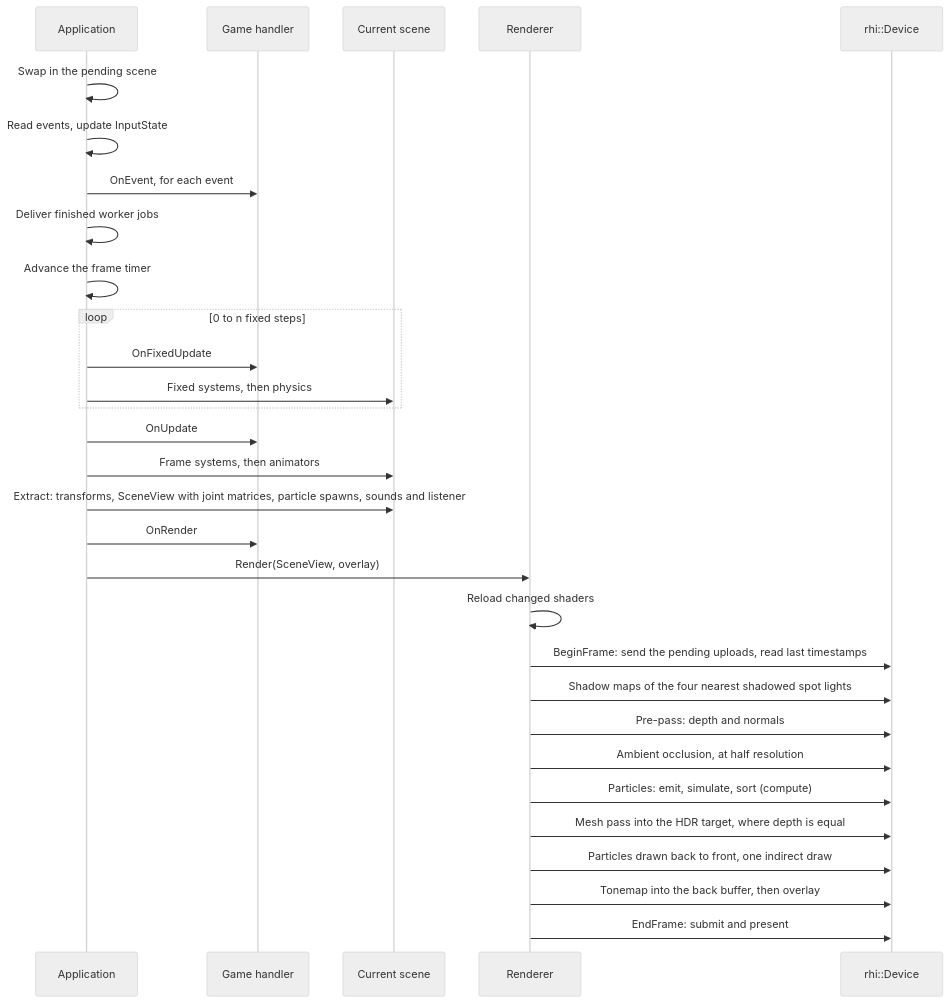
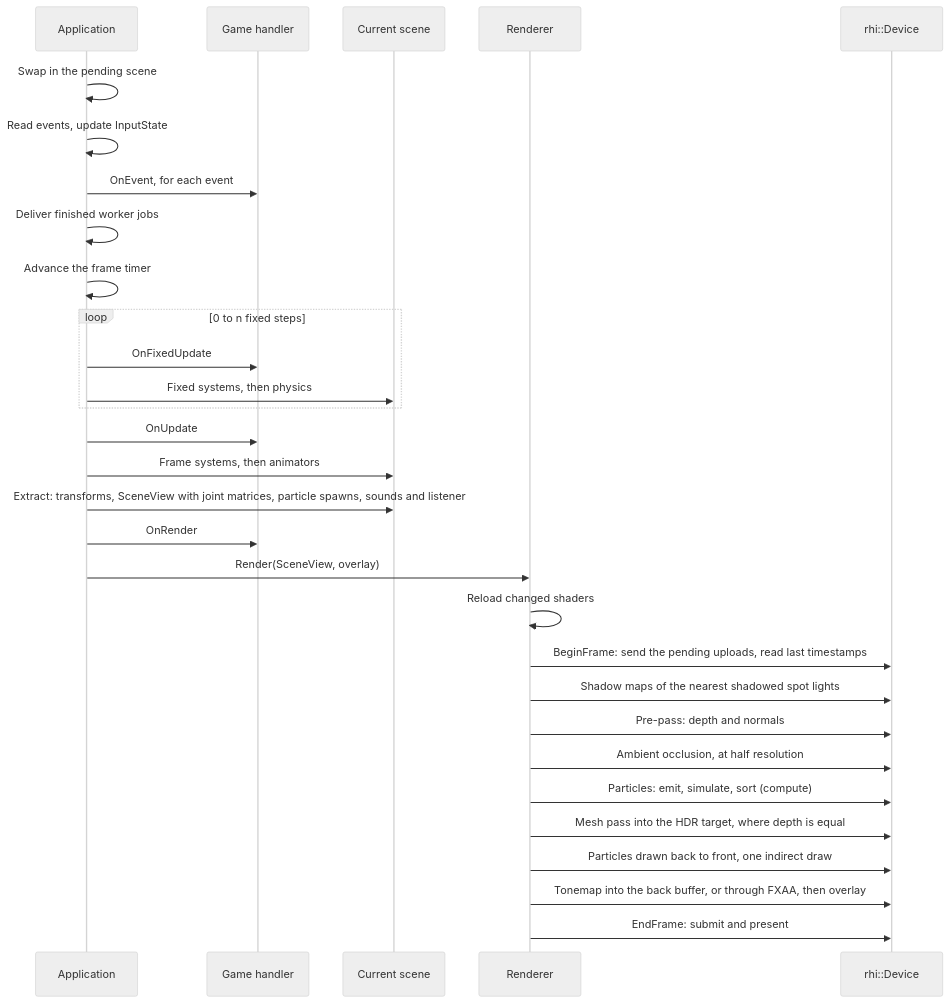
One commit to SBXdev3D/daidalos-engine-next changed the third of 9 diagrams in docs/ARCHITECTURE.md. Above: the diagram before and after it, drawn with Mermaid (neutral theme). The commit also changed other lines of this file and 6 other files, not shown here.

````diff
--- a/docs/ARCHITECTURE.md
+++ b/docs/ARCHITECTURE.md
@@ -65,33 +67,33 @@
 ```mermaid
 sequenceDiagram
     participant A as Application
     participant G as Game handler
     participant S as Current scene
     participant R as Renderer
     participant D as rhi::Device
 
     A->>A: Swap in the pending scene
     A->>A: Read events, update InputState
     A->>G: OnEvent, for each event
     A->>A: Deliver finished worker jobs
     A->>A: Advance the frame timer
     loop 0 to n fixed steps
         A->>G: OnFixedUpdate
         A->>S: Fixed systems, then physics
     end
     A->>G: OnUpdate
     A->>S: Frame systems, then animators
     A->>S: Extract: transforms, SceneView with joint matrices, particle spawns, sounds and listener
     A->>G: OnRender
     A->>R: Render(SceneView, overlay)
     R->>R: Reload changed shaders
     R->>D: BeginFrame: send the pending uploads, read last timestamps
-    R->>D: Shadow maps of the four nearest shadowed spot lights
+    R->>D: Shadow maps of the nearest shadowed spot lights
     R->>D: Pre-pass: depth and normals
     R->>D: Ambient occlusion, at half resolution
     R->>D: Particles: emit, simulate, sort (compute)
     R->>D: Mesh pass into the HDR target, where depth is equal
     R->>D: Particles drawn back to front, one indirect draw
-    R->>D: Tonemap into the back buffer, then overlay
+    R->>D: Tonemap into the back buffer, or through FXAA, then overlay
     R->>D: EndFrame: submit and present
 ```
````
